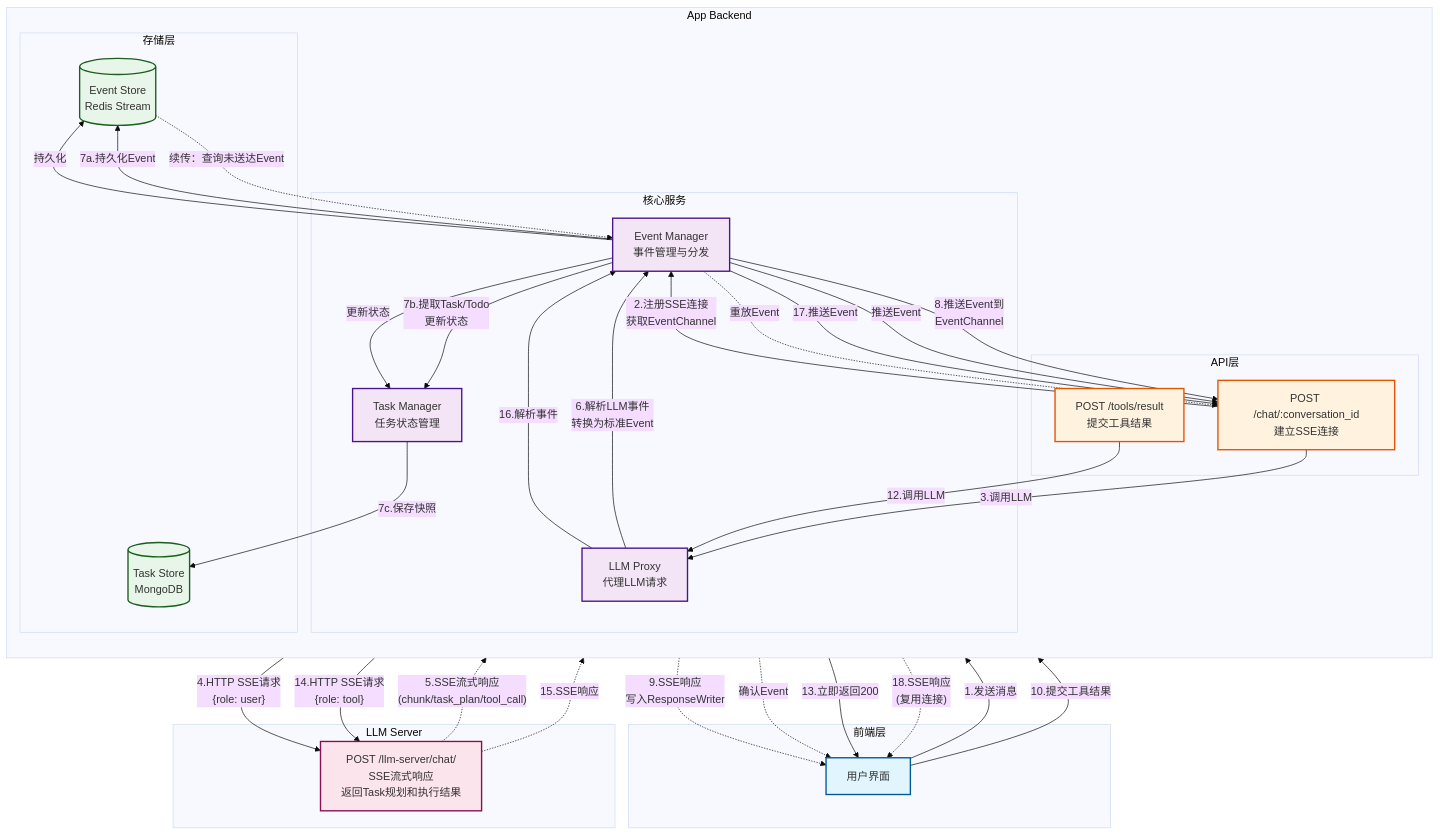
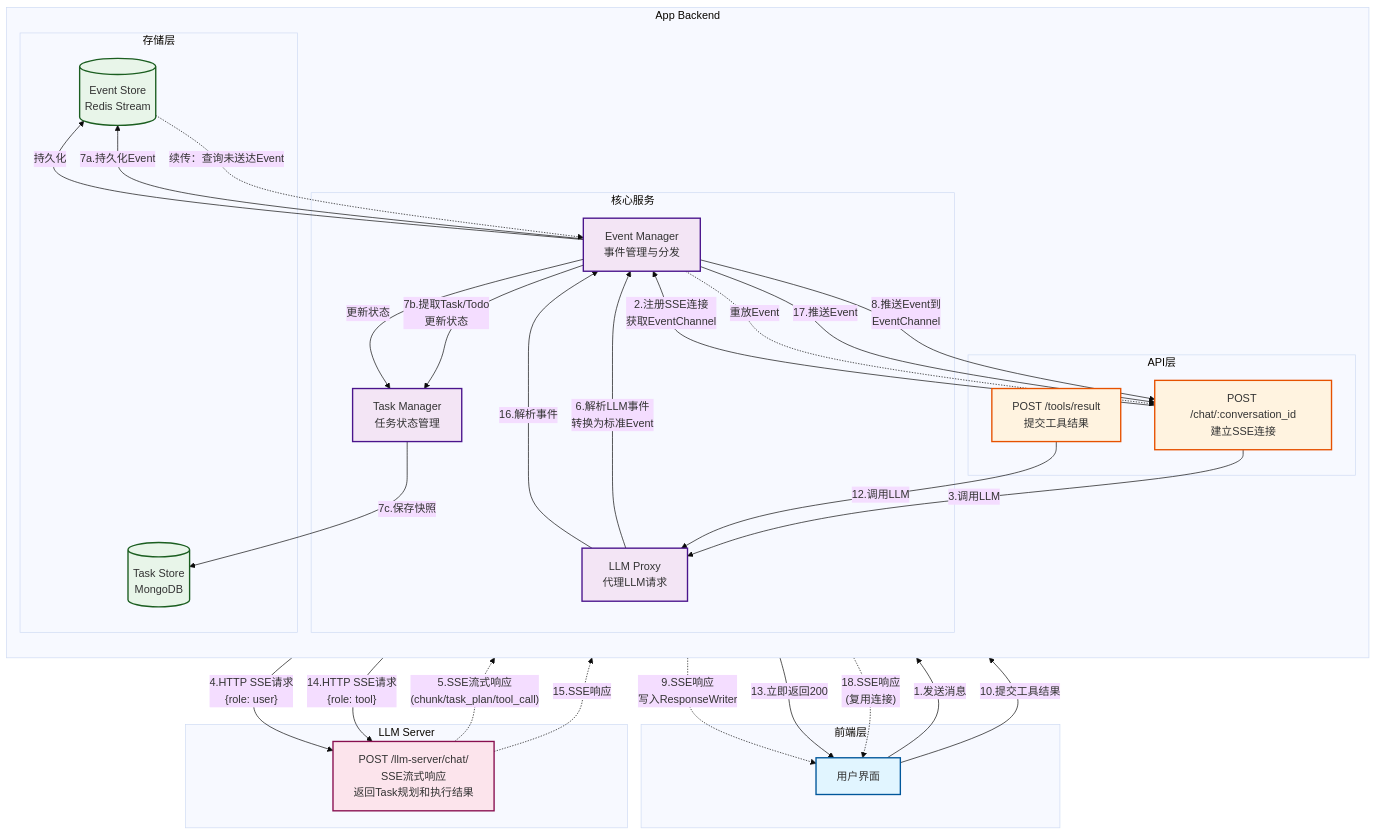
Before and after one commit to yingjianzh/iodraw-files: the diagram in all/未命名-10.md, drawn with Mermaid (base theme).

Commit message:
2025-12-22 15:39:24 update

````diff
--- a/all/未命名-10.md
+++ b/all/未命名-10.md
@@ -1,78 +1,76 @@
 ```mermaid
 graph TB
     subgraph "前端层"
         UI[用户界面]
     end
 
     subgraph "App Backend"
         direction TB
         
         subgraph "API层"
             ChatAPI["POST /chat/:conversation_id<br/>建立SSE连接"]
             ToolAPI["POST /tools/result<br/>提交工具结果"]
         end
         
         subgraph "核心服务"
             EventMgr["Event Manager<br/>事件管理与分发"]
             TaskMgr["Task Manager<br/>任务状态管理"]
             LLMProxy["LLM Proxy<br/>代理LLM请求"]
         end
         
         subgraph "存储层"
             EventStore[("Event Store<br/>Redis Stream")]
             TaskStore[("Task Store<br/>MongoDB")]
         end
     end
 
     subgraph "LLM Server"
         LLMAPI["POST /llm-server/chat/<br/>SSE流式响应<br/>返回Task规划和执行结果"]
     end
 
     %% ===== 用户发送消息流程 =====
     UI -->|"1.发送消息"| ChatAPI
     ChatAPI -->|"2.注册SSE连接<br/>获取EventChannel"| EventMgr
     ChatAPI -->|"3.调用LLM"| LLMProxy
     
     LLMProxy -->|"4.HTTP SSE请求<br/>{role: user}"| LLMAPI
     LLMAPI -.->|"5.SSE流式响应<br/>(chunk/task_plan/tool_call)"| LLMProxy
     
     LLMProxy -->|"6.解析LLM事件<br/>转换为标准Event"| EventMgr
     EventMgr -->|"7a.持久化Event"| EventStore
     EventMgr -->|"7b.提取Task/Todo<br/>更新状态"| TaskMgr
     TaskMgr -->|"7c.保存快照"| TaskStore
     
     EventMgr -->|"8.推送Event到<br/>EventChannel"| ChatAPI
     ChatAPI -.->|"9.SSE响应<br/>写入ResponseWriter"| UI
     
     %% ===== 工具调用流程 =====
     UI -->|"10.提交工具结果"| ToolAPI
-    EventMgr -->|"推送Event"| ChatAPI
-    ChatAPI -.->|"确认Event"| UI
-    
+  
     ToolAPI -->|"12.调用LLM"| LLMProxy
     ToolAPI -->|"13.立即返回200"| UI
     
     LLMProxy -->|"14.HTTP SSE请求<br/>{role: tool}"| LLMAPI
     LLMAPI -.->|"15.SSE响应"| LLMProxy
     LLMProxy -->|"16.解析事件"| EventMgr
     EventMgr -->|"持久化"| EventStore
     EventMgr -->|"更新状态"| TaskMgr
     EventMgr -->|"17.推送Event"| ChatAPI
     ChatAPI -.->|"18.SSE响应<br/>(复用连接)"| UI
     
     %% ===== 续传 =====
     EventStore -.->|"续传：查询未送达Event"| EventMgr
     EventMgr -.->|"重放Event"| ChatAPI
 
     classDef frontend fill:#e1f5ff,stroke:#01579b,stroke-width:2px
     classDef api fill:#fff3e0,stroke:#e65100,stroke-width:2px
     classDef service fill:#f3e5f5,stroke:#4a148c,stroke-width:2px
     classDef storage fill:#e8f5e9,stroke:#1b5e20,stroke-width:2px
     classDef llm fill:#fce4ec,stroke:#880e4f,stroke-width:2px
     
     class UI frontend
     class ChatAPI,ToolAPI api
     class EventMgr,TaskMgr,LLMProxy service
     class EventStore,TaskStore storage
     class LLMAPI llm
 ```
````
